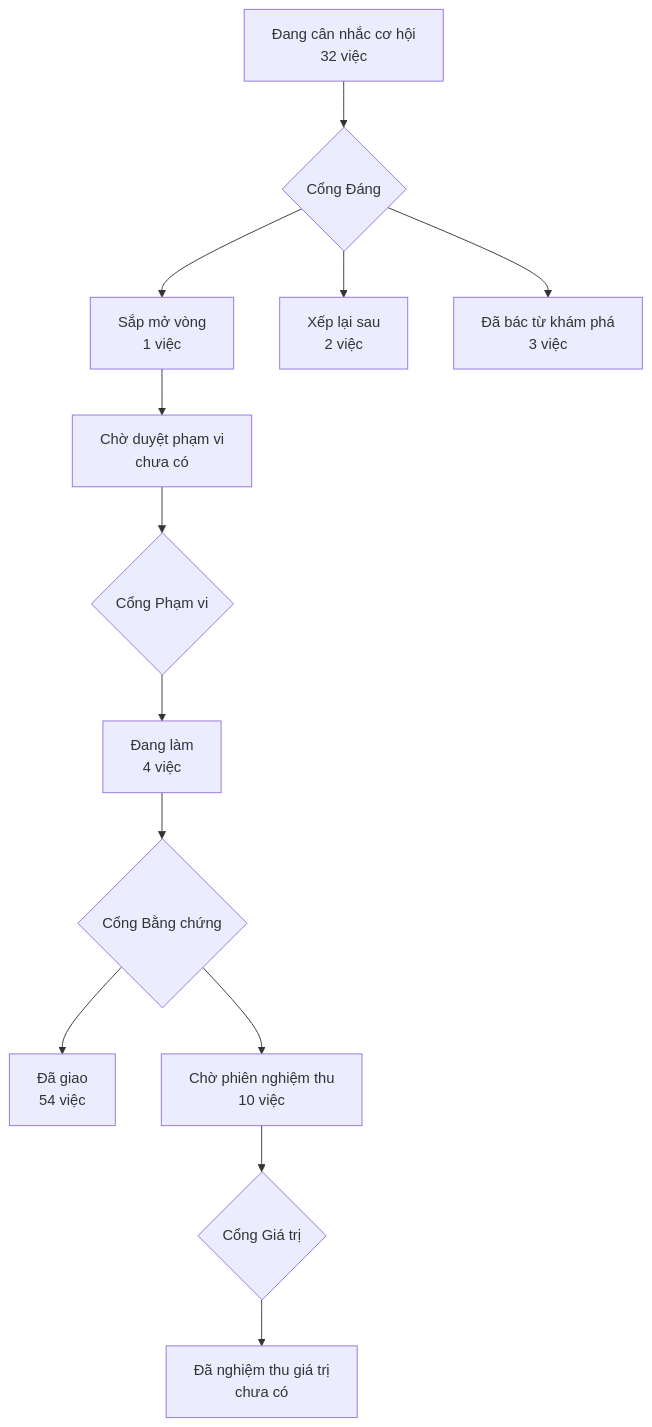
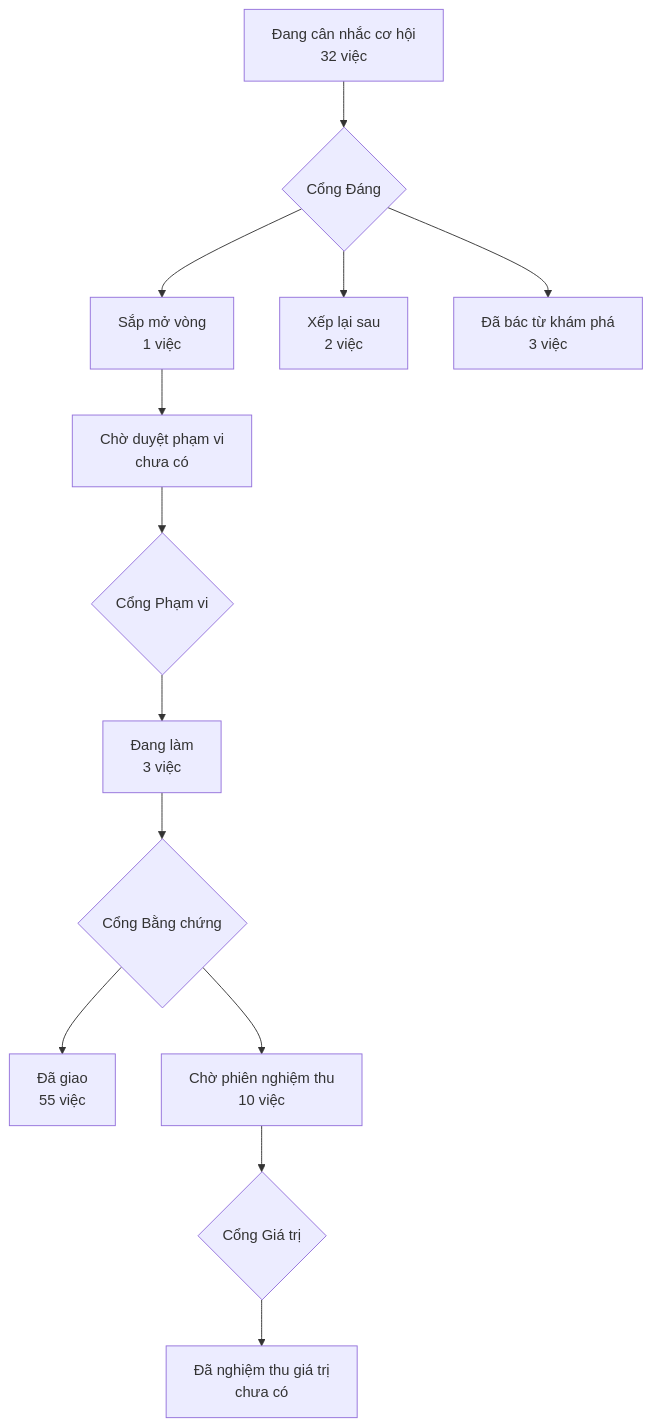
The diagram in PRODUCT-MAP.md (phanlemanh/acceptance-gate-kit), drawn with Mermaid before and after one commit. The commit also changed 4 other files, not shown here.

````diff
--- a/PRODUCT-MAP.md
+++ b/PRODUCT-MAP.md
@@ -6,12 +6,12 @@
 ```mermaid
 flowchart TD
   A["Đang cân nhắc cơ hội<br/>32 việc"] --> GD{"Cổng Đáng"}
   GD --> B["Sắp mở vòng<br/>1 việc"]
   GD --> XL["Xếp lại sau<br/>2 việc"]
   GD --> DB["Đã bác từ khám phá<br/>3 việc"]
   B --> CD["Chờ duyệt phạm vi<br/>chưa có"] --> GP{"Cổng Phạm vi"}
-  GP --> DL["Đang làm<br/>4 việc"] --> GB{"Cổng Bằng chứng"}
-  GB --> DG["Đã giao<br/>54 việc"]
+  GP --> DL["Đang làm<br/>3 việc"] --> GB{"Cổng Bằng chứng"}
+  GB --> DG["Đã giao<br/>55 việc"]
   GB --> CN["Chờ phiên nghiệm thu<br/>10 việc"] --> GG{"Cổng Giá trị"}
   GG --> NT["Đã nghiệm thu giá trị<br/>chưa có"]
 ```
````
